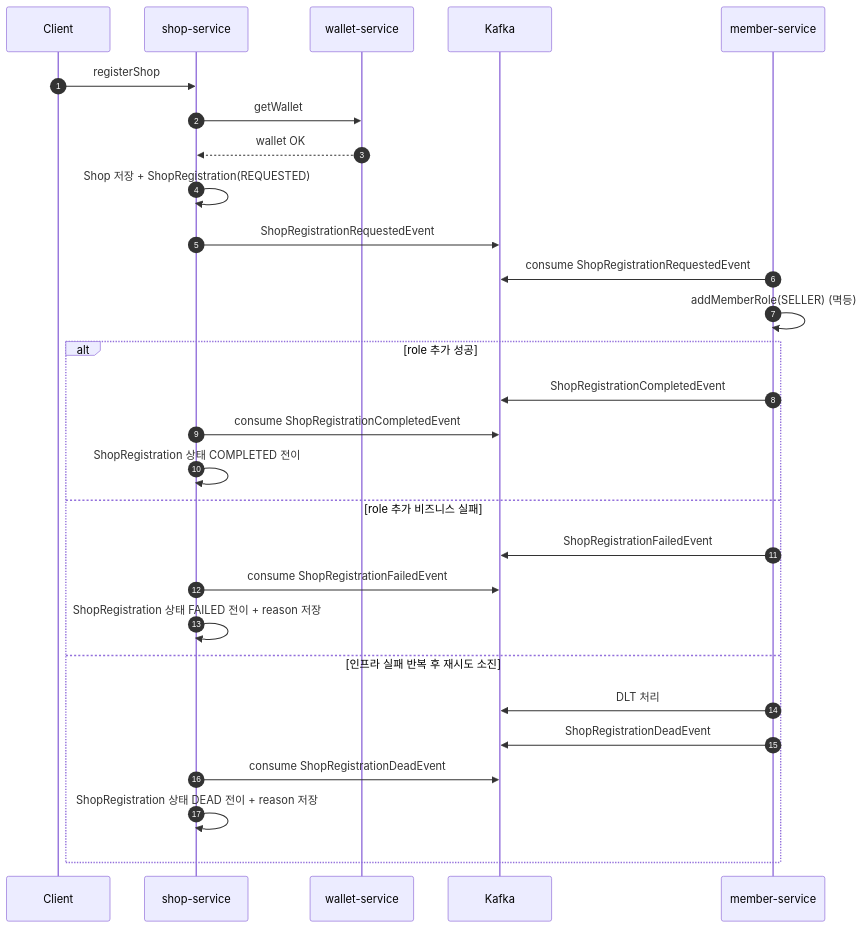
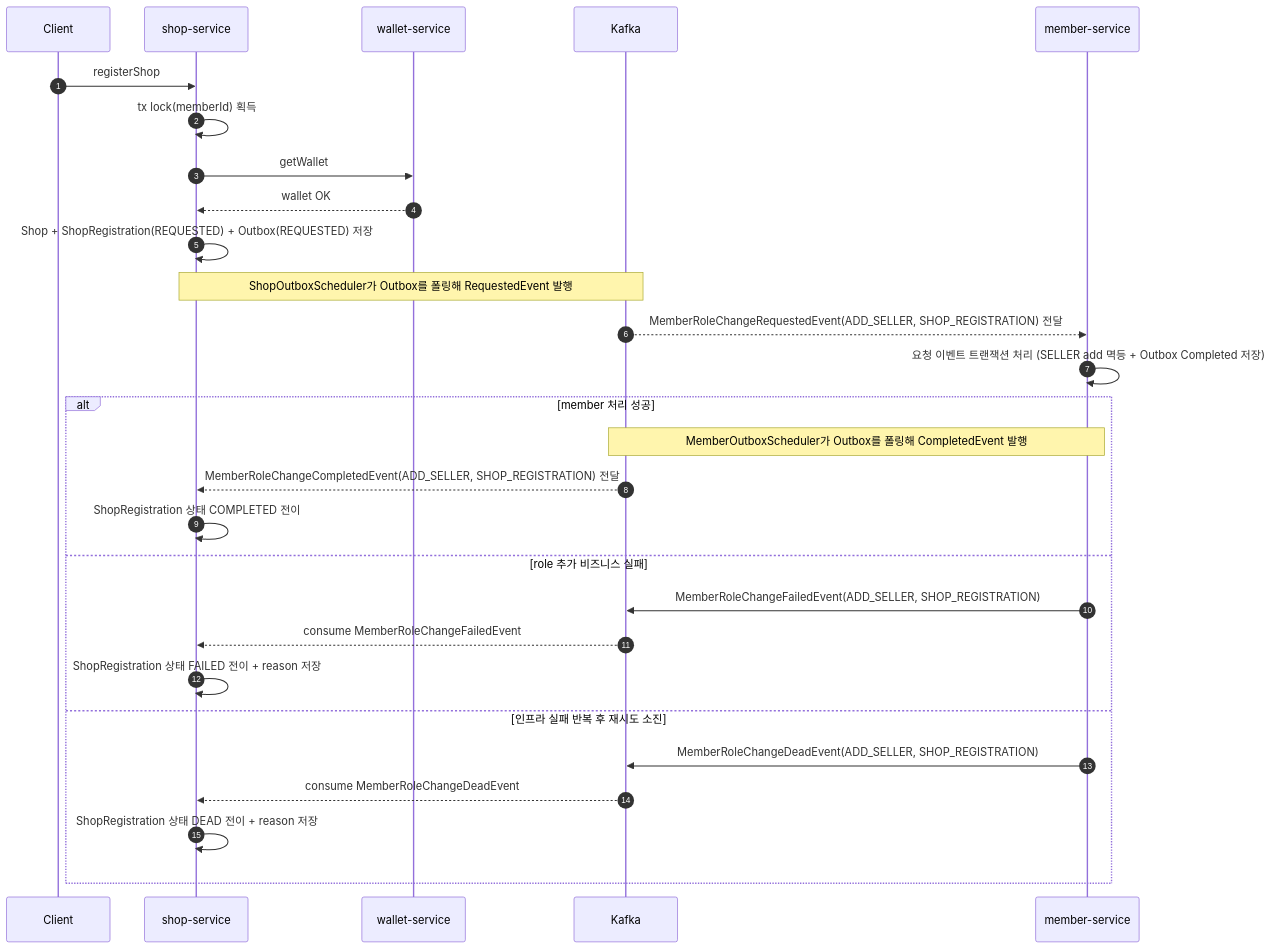
One commit to 95twan/myroutine changed the diagram in shop-service/docs/shop_register_saga_design.md. Above: the diagram before and after it, drawn with Mermaid. The commit also changed other lines of this file and 129 other files, not shown here.

````diff
--- a/shop-service/docs/shop_register_saga_design.md
+++ b/shop-service/docs/shop_register_saga_design.md
@@ -166,31 +177,31 @@
 ```mermaid
 sequenceDiagram
     autonumber
     participant C as Client
     participant S as shop-service
     participant W as wallet-service
     participant K as Kafka
     participant M as member-service
 
     C->>S: registerShop
+    S->>S: tx lock(memberId) 획득
     S->>W: getWallet
     W-->>S: wallet OK
-    S->>S: Shop 저장 + ShopRegistration(REQUESTED)
-    S->>K: ShopRegistrationRequestedEvent
-    M->>K: consume ShopRegistrationRequestedEvent
-    M->>M: addMemberRole(SELLER) (멱등)
-    alt role 추가 성공
-        M->>K: ShopRegistrationCompletedEvent
-        S->>K: consume ShopRegistrationCompletedEvent
+    S->>S: Shop + ShopRegistration(REQUESTED) + Outbox(REQUESTED) 저장
+    Note over S,K: ShopOutboxScheduler가 Outbox를 폴링해 RequestedEvent 발행
+    K-->>M: MemberRoleChangeRequestedEvent(ADD_SELLER, SHOP_REGISTRATION) 전달
+    M->>M: 요청 이벤트 트랜잭션 처리 (SELLER add 멱등 + Outbox Completed 저장)
+    alt member 처리 성공
+        Note over M,K: MemberOutboxScheduler가 Outbox를 폴링해 CompletedEvent 발행
+        K-->>S: MemberRoleChangeCompletedEvent(ADD_SELLER, SHOP_REGISTRATION) 전달
         S->>S: ShopRegistration 상태 COMPLETED 전이
     else role 추가 비즈니스 실패
-        M->>K: ShopRegistrationFailedEvent
-        S->>K: consume ShopRegistrationFailedEvent
+        M->>K: MemberRoleChangeFailedEvent(ADD_SELLER, SHOP_REGISTRATION)
+        K-->>S: consume MemberRoleChangeFailedEvent
         S->>S: ShopRegistration 상태 FAILED 전이 + reason 저장
     else 인프라 실패 반복 후 재시도 소진
-        M->>K: DLT 처리
-        M->>K: ShopRegistrationDeadEvent
-        S->>K: consume ShopRegistrationDeadEvent
+        M->>K: MemberRoleChangeDeadEvent(ADD_SELLER, SHOP_REGISTRATION)
+        K-->>S: consume MemberRoleChangeDeadEvent
         S->>S: ShopRegistration 상태 DEAD 전이 + reason 저장
     end
 ```
````
